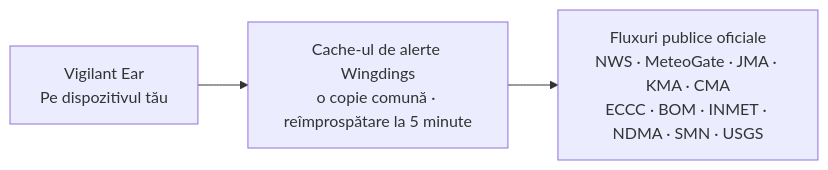
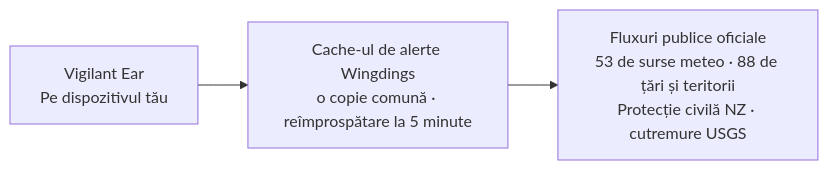
Before and after one commit to rpalm01-star/VigilantEarLegal: the fourth of 4 diagrams in README_ro.md, drawn with Mermaid. The commit also changed other lines of this file and 44 other files, not shown here.

````diff
--- a/README_ro.md
+++ b/README_ro.md
@@ -171,5 +171,5 @@
 ```mermaid
 graph LR
     P1["Vigilant Ear<br/>Pe dispozitivul tău"] --> W["Cache-ul de alerte Wingdings<br/>o copie comună · reîmprospătare la 5 minute"]
-    W --> N["Fluxuri publice oficiale<br/>NWS · MeteoGate · JMA · KMA · CMA<br/>ECCC · BOM · INMET · NDMA · SMN · USGS"]
+    W --> N["Fluxuri publice oficiale<br/>53 de surse meteo · 88 de țări și teritorii<br/>Protecție civilă NZ · cutremure USGS"]
 ```
````
